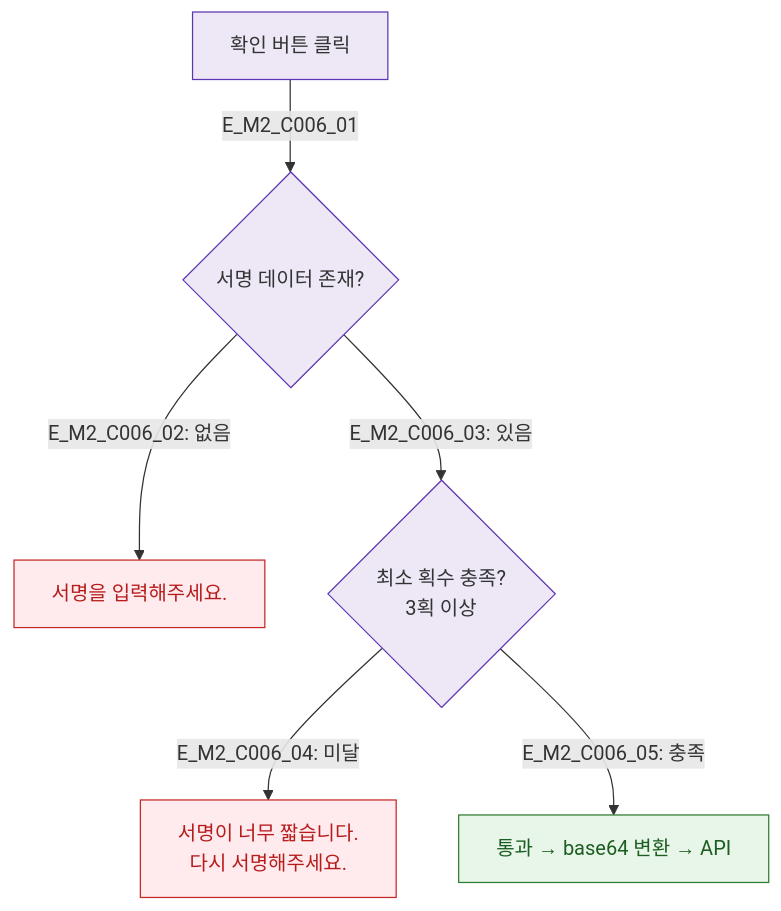
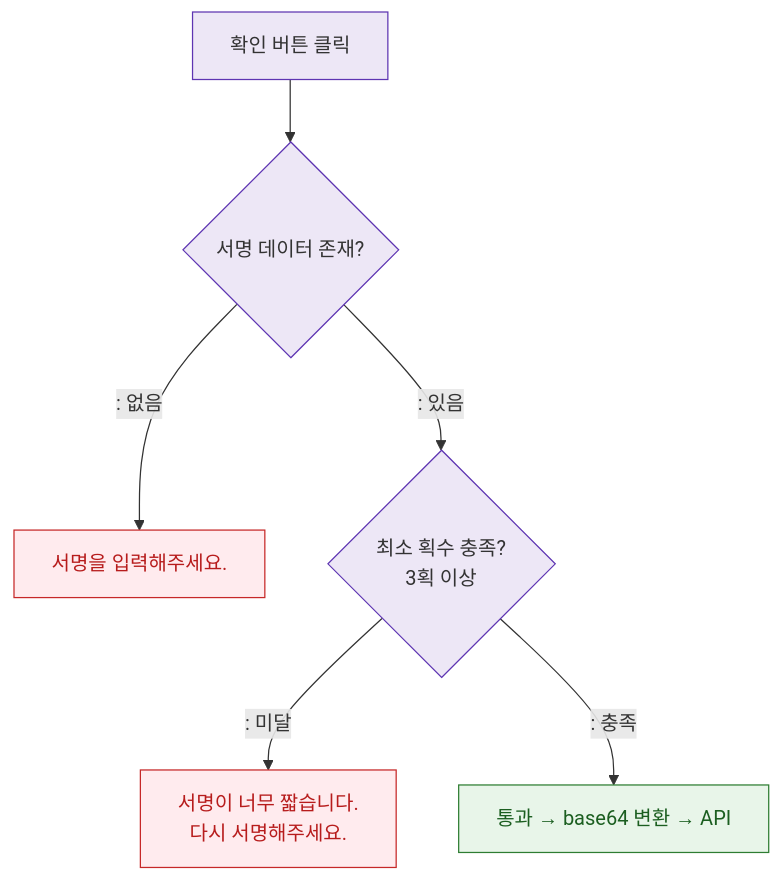
One commit to dev-spogym/admin-pando changed the diagram in docs/다이어그램/D04_수업관리/DLG/DLG-C006_서명/M2_필드검증.md. Above: the diagram before and after it, drawn with Mermaid. The commit also changed other lines of this file and 1660 other files, not shown here.

First line of the commit message:
다이어그램: 기획자/클라이언트 납품본으로 정리

````diff
--- a/docs/다이어그램/D04_수업관리/DLG/DLG-C006_서명/M2_필드검증.md
+++ b/docs/다이어그램/D04_수업관리/DLG/DLG-C006_서명/M2_필드검증.md
@@ -20,15 +18,15 @@
 ```mermaid
 flowchart TD
-  Confirm[확인 버튼 클릭] -->|E_M2_C006_01| V_Sign{서명 데이터 존재?}
-  V_Sign -->|"E_M2_C006_02: 없음"| E_Sign[서명을 입력해주세요.]
-  V_Sign -->|"E_M2_C006_03: 있음"| V_MinStroke{최소 획수 충족?\n3획 이상}
-  V_MinStroke -->|"E_M2_C006_04: 미달"| E_Stroke[서명이 너무 짧습니다.\n다시 서명해주세요.]
-  V_MinStroke -->|"E_M2_C006_05: 충족"| AllPass[통과 → base64 변환 → API]
+  Confirm[확인 버튼 클릭] --> V_Sign{서명 데이터 존재?}
+  V_Sign -->|": 없음"|E_Sign[서명을 입력해주세요.]
+  V_Sign -->|": 있음"|V_MinStroke{최소 획수 충족?\n3획 이상}
+  V_MinStroke -->|": 미달"|E_Stroke[서명이 너무 짧습니다.\n다시 서명해주세요.]
+  V_MinStroke -->|": 충족"|AllPass[통과 → base64 변환 → API]
 
   classDef system fill:#EDE7F6,stroke:#5E35B2
   classDef error fill:#FFEBEE,stroke:#C62828,color:#B71C1C
   classDef success fill:#E8F5E9,stroke:#2E7D32,color:#1B5E20
   class Confirm,V_Sign,V_MinStroke system
   class E_Sign,E_Stroke error
   class AllPass success
 ```
````
